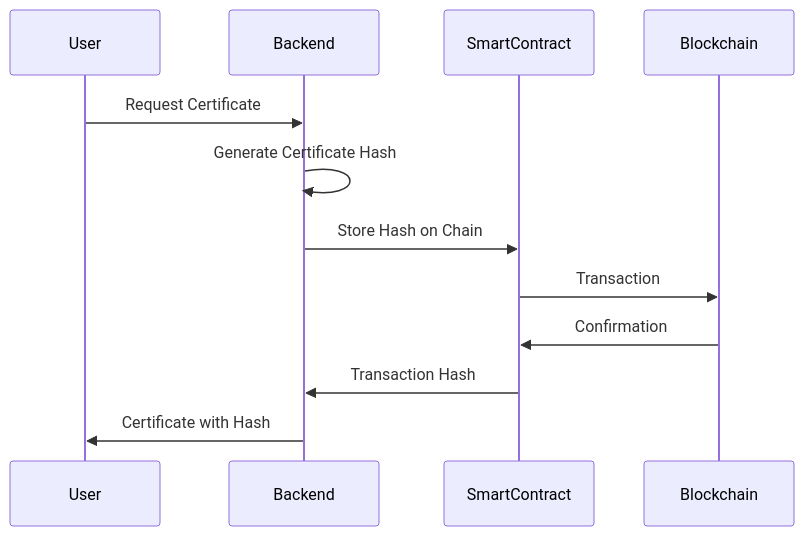
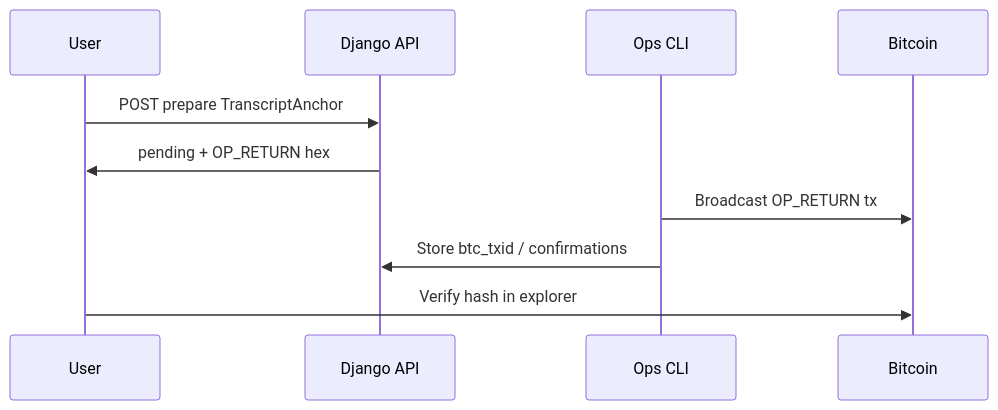
Before and after one commit to Alejoss/Sophia.AI: the fourth of 4 diagrams in docs/architecture/overview.md, drawn with Mermaid. The commit also changed other lines of this file and 18 other files, not shown here.

Commit message:
test hash blockchain

````diff
--- a/docs/architecture/overview.md
+++ b/docs/architecture/overview.md
@@ -148,15 +151,13 @@
 ```mermaid
 sequenceDiagram
     participant User
-    participant Backend
-    participant SmartContract
-    participant Blockchain
-    
-    User->>Backend: Request Certificate
-    Backend->>Backend: Generate Certificate Hash
-    Backend->>SmartContract: Store Hash on Chain
-    SmartContract->>Blockchain: Transaction
-    Blockchain->>SmartContract: Confirmation
-    SmartContract->>Backend: Transaction Hash
-    Backend->>User: Certificate with Hash
+    participant API as Django API
+    participant Ops as Ops CLI
+    participant BTC as Bitcoin
+
+    User->>API: POST prepare TranscriptAnchor
+    API->>User: pending + OP_RETURN hex
+    Ops->>BTC: Broadcast OP_RETURN tx
+    Ops->>API: Store btc_txid / confirmations
+    User->>BTC: Verify hash in explorer
 ```
````
